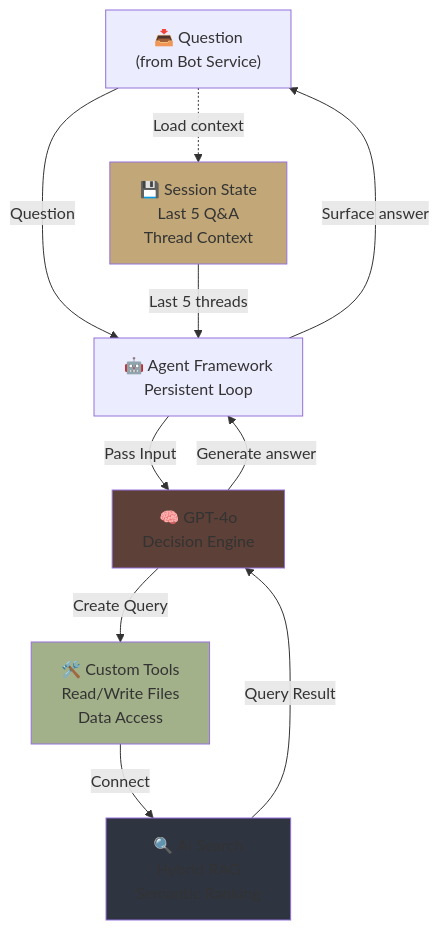
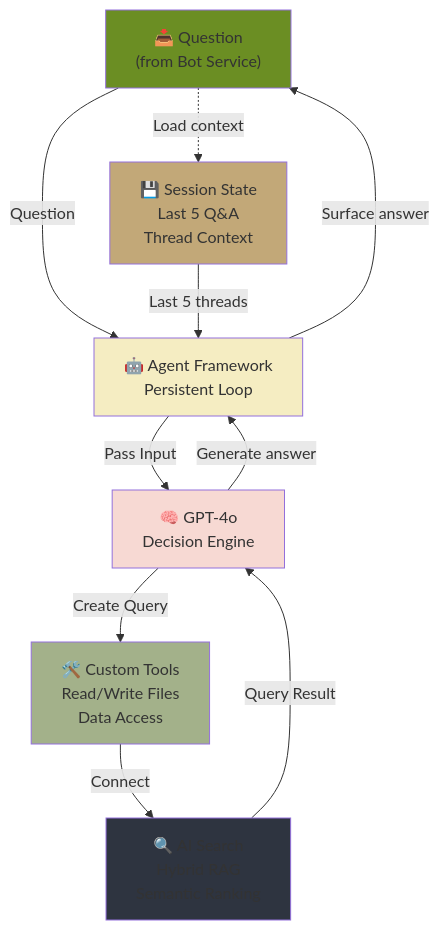
One commit to gabycb/rag-sample-copy changed the second of 3 diagrams in README.md. Above: the diagram before and after it, drawn with Mermaid.

Commit message:
Update colors for Input, Agent, and LLM styles

````diff
--- a/README.md
+++ b/README.md
@@ -74,33 +74,33 @@
 ```mermaid
 graph TB
     Input["📥 Question<br/>(from Bot Service)"]
     
     SessionMgr["💾 Session State<br/>Last 5 Q&A<br/>Thread Context"]
     
     Agent["🤖 Agent Framework<br/>Persistent Loop"]
     
     LLM["🧠 GPT-4o<br/>Decision Engine"]
     
     Tools["🛠️ Custom Tools<br/>Read/Write Files<br/>Data Access"]
     
     Search["🔍 AI Search<br/>Hybrid RAG<br/>Semantic Ranking"]
         
     Input -->|Question| Agent
     Input -.->|Load context| SessionMgr
     SessionMgr -->|Last 5 threads| Agent
     
     Agent -->|Pass Input| LLM
     LLM -->|Create Query| Tools
     Tools -->|Connect| Search
     Search -->|Query Result| LLM
     
     LLM -->|Generate answer| Agent
     Agent -->|Surface answer| Input
     
-    style Input fill:##6B8E23
-    style Agent fill:##424242
-    style LLM fill:#5D4037
+    style Input fill:#6B8E23
+    style Agent fill:#F5EDC2
+    style LLM fill:#F7D9D3
     style SessionMgr fill:#C2A878
     style Tools fill:#A3B18A
     style Search fill:#2E3440
 ```
````
